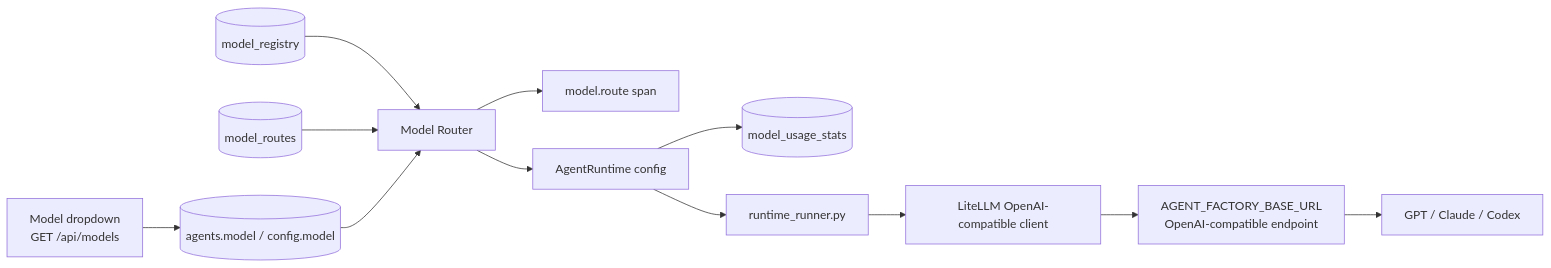
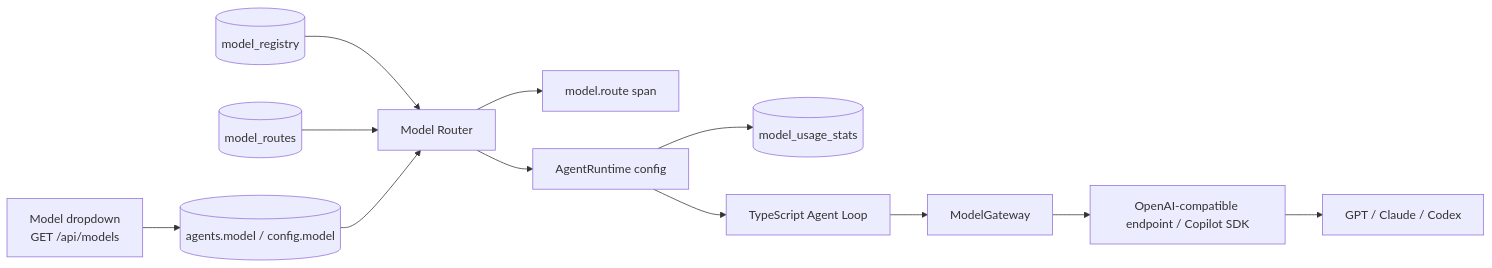
One commit to Zchary1106/Myrmecia changed the eighth of 14 diagrams in docs/ARCHITECTURE.md. Above: the diagram before and after it, drawn with Mermaid. The commit also changed other lines of this file and 271 other files, not shown here.

Commit message:
feat: complete workspace lifecycle and agent runtime governance

````diff
--- a/docs/ARCHITECTURE.md
+++ b/docs/ARCHITECTURE.md
@@ -336,14 +335,14 @@
 ```mermaid
 flowchart LR
   Dashboard[Model dropdown<br/>GET /api/models] --> AgentDB[(agents.model / config.model)]
   Catalog[(model_registry)] --> Router[Model Router]
   Routes[(model_routes)] --> Router
   AgentDB --> Router
   Router --> Trace[model.route span]
   Router --> Runtime[AgentRuntime config]
   Runtime --> Usage[(model_usage_stats)]
-  Runtime --> Runner[runtime_runner.py]
-  Runner --> LiteLLM[LiteLLM OpenAI-compatible client]
-  LiteLLM --> Proxy[AGENT_FACTORY_BASE_URL<br/>OpenAI-compatible endpoint]
+  Runtime --> Loop[TypeScript Agent Loop]
+  Loop --> Gateway[ModelGateway]
+  Gateway --> Proxy[OpenAI-compatible endpoint / Copilot SDK]
   Proxy --> Model[GPT / Claude / Codex]
 ```
````
